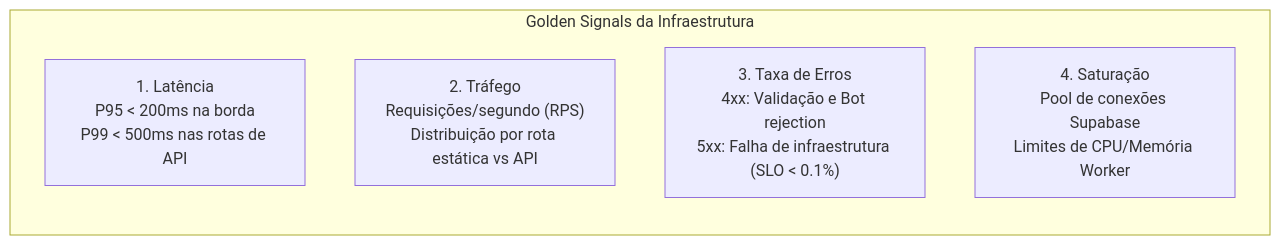
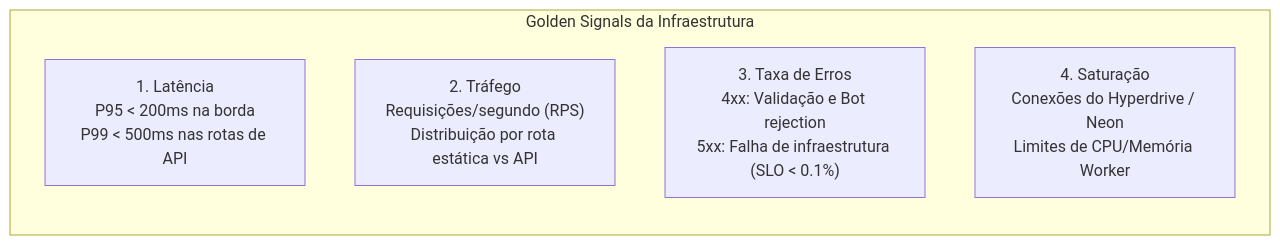
Before and after one commit to purelifeministriesbrasil/documentation: the first of 2 diagrams in docs/operations/observability.md, drawn with Mermaid. The commit also changed other lines of this file and 40 other files, not shown here.

First line of the commit message:
docs: atualiza para Neon/Hyperdrive, conteúdo do site novo e revisão ortográfica

````diff
--- a/docs/operations/observability.md
+++ b/docs/operations/observability.md
@@ -22,10 +22,10 @@
 ```mermaid
 flowchart TD
     subgraph GoldenSignals["Golden Signals da Infraestrutura"]
         direction TB
         Latencia["1. Latência<br>P95 < 200ms na borda<br>P99 < 500ms nas rotas de API"]
         Trafego["2. Tráfego<br>Requisições/segundo (RPS)<br>Distribuição por rota estática vs API"]
         Erros["3. Taxa de Erros<br>4xx: Validação e Bot rejection<br>5xx: Falha de infraestrutura (SLO < 0.1%)"]
-        Saturacao["4. Saturação<br>Pool de conexões Supabase<br>Limites de CPU/Memória Worker"]
+        Saturacao["4. Saturação<br>Conexões do Hyperdrive / Neon<br>Limites de CPU/Memória Worker"]
     end
 ```
````
